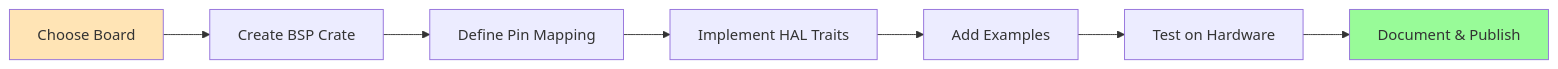
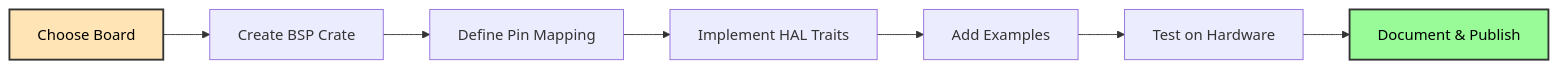
Before and after one commit to ScopeCreep-zip/ossidata: the tenth of 11 diagrams in docs/ARCHITECTURE.md, drawn with Mermaid. The commit also changed other lines of this file and 4 other files, not shown here.

Commit message:
Update to mermaid diagrams to be more readable

````diff
--- a/docs/ARCHITECTURE.md
+++ b/docs/ARCHITECTURE.md
@@ -672,12 +672,12 @@
 ```mermaid
 flowchart LR
     A[Choose Board] --> B[Create BSP Crate]
     B --> C[Define Pin Mapping]
     C --> D[Implement HAL Traits]
     D --> E[Add Examples]
     E --> F[Test on Hardware]
     F --> G[Document & Publish]
 
-    style A fill:#FFE4B5
-    style G fill:#98FB98
+    style A fill:#FFE4B5,stroke:#333,stroke-width:2px,color:#000
+    style G fill:#98FB98,stroke:#333,stroke-width:2px,color:#000
 ```
````
